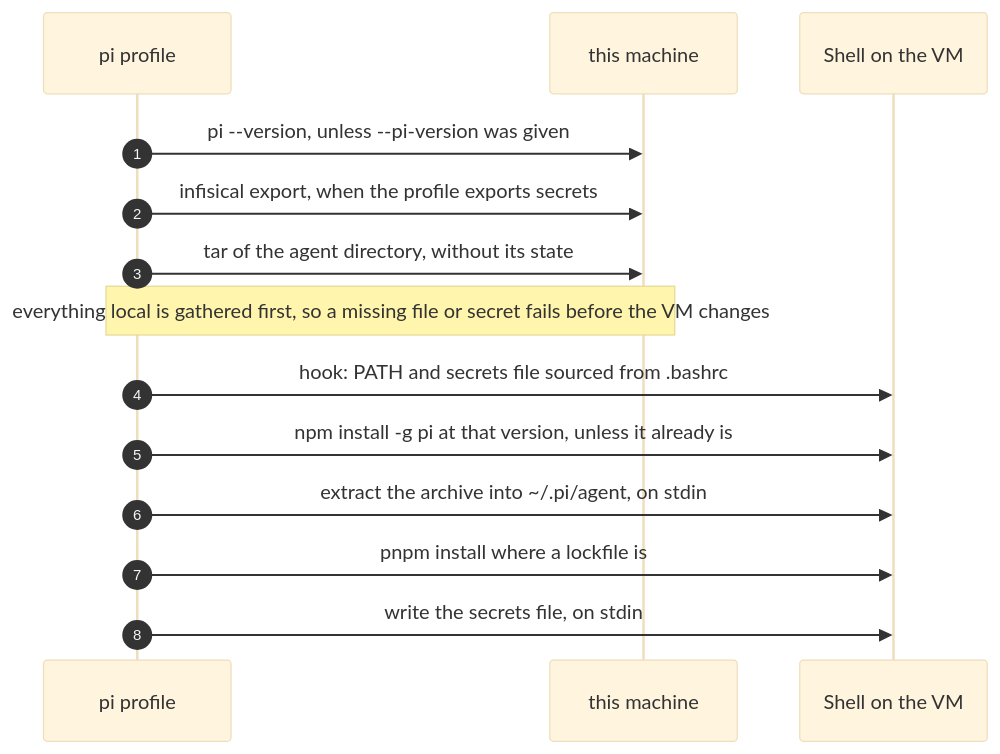
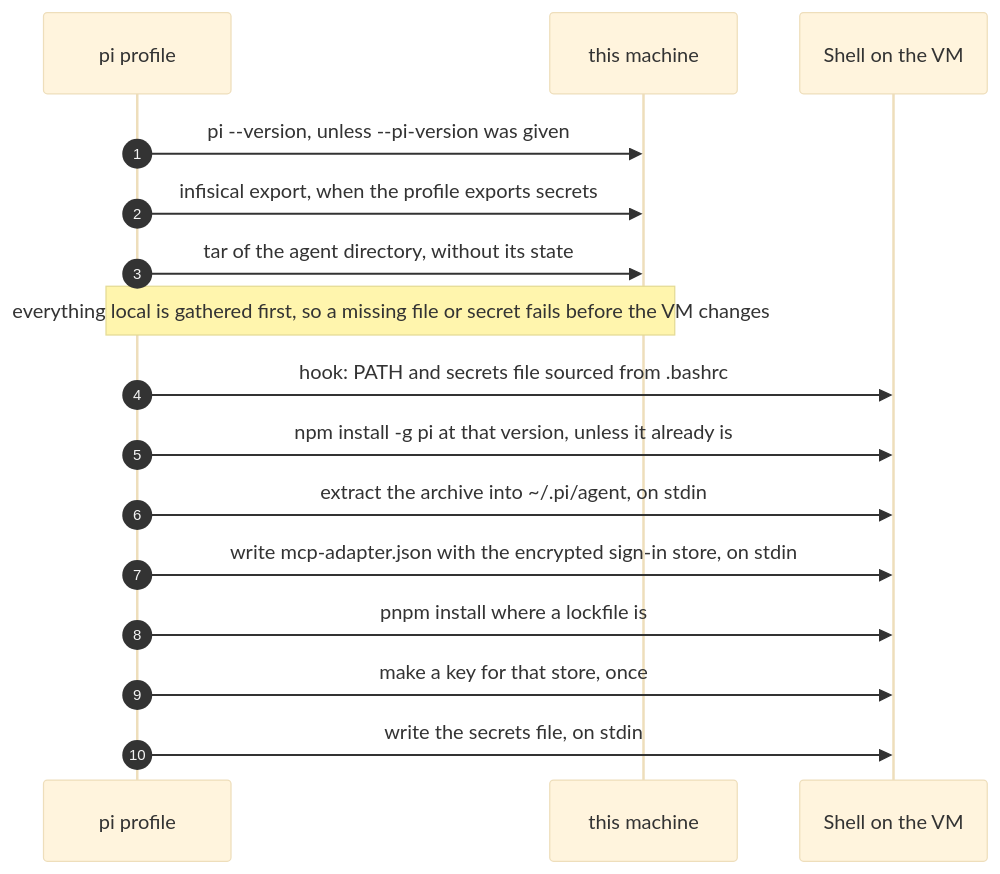
One commit to NextNodeSolutions/workspace changed the diagram in docs/profiles/pi.md. Above: the diagram before and after it, drawn with Mermaid (base theme). The commit also changed other lines of this file and 9 other files, not shown here.

First line of the commit message:
fix(profile-agent): let Pi's MCP adapter work on a VM without a keychain

````diff
--- a/docs/profiles/pi.md
+++ b/docs/profiles/pi.md
@@ -7,16 +7,18 @@
 ```mermaid
 sequenceDiagram
     autonumber
     participant P as pi profile
     participant M as this machine
     participant S as Shell on the VM
     P->>M: pi --version, unless --pi-version was given
     P->>M: infisical export, when the profile exports secrets
     P->>M: tar of the agent directory, without its state
     Note over P,M: everything local is gathered first, so a missing file or secret fails before the VM changes
     P->>S: hook: PATH and secrets file sourced from .bashrc
     P->>S: npm install -g pi at that version, unless it already is
     P->>S: extract the archive into ~/.pi/agent, on stdin
+    P->>S: write mcp-adapter.json with the encrypted sign-in store, on stdin
     P->>S: pnpm install where a lockfile is
+    P->>S: make a key for that store, once
     P->>S: write the secrets file, on stdin
 ```
````
